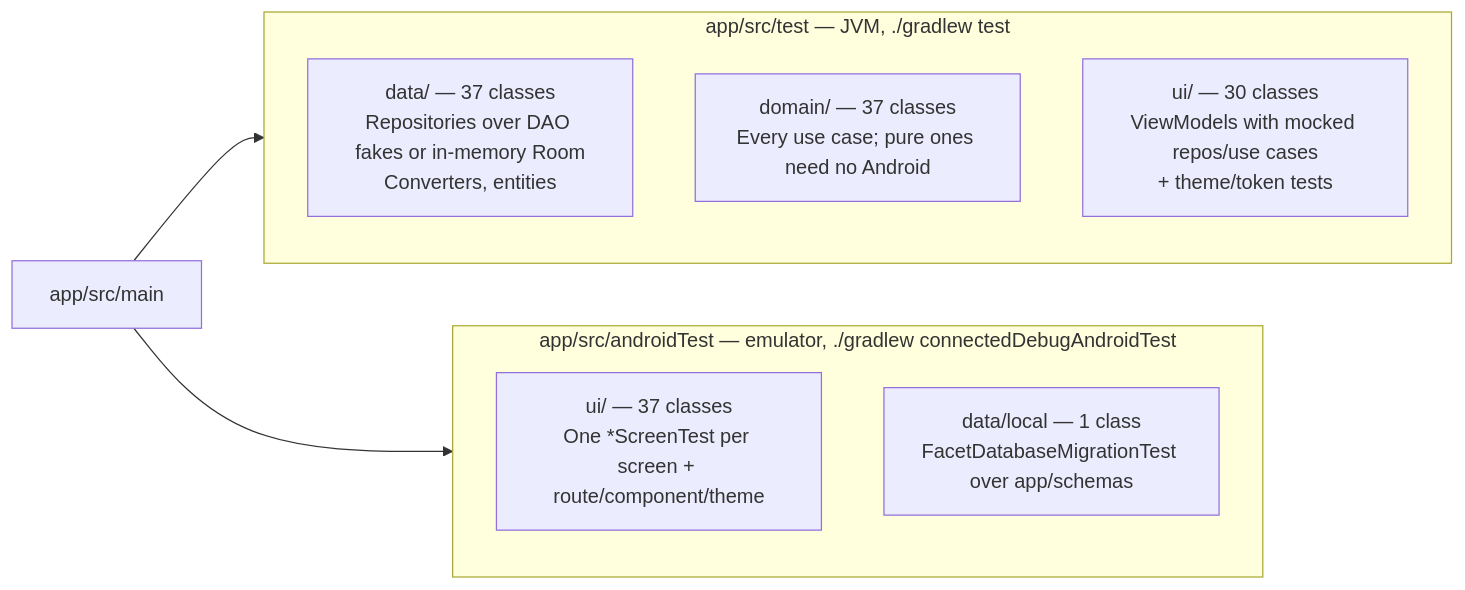
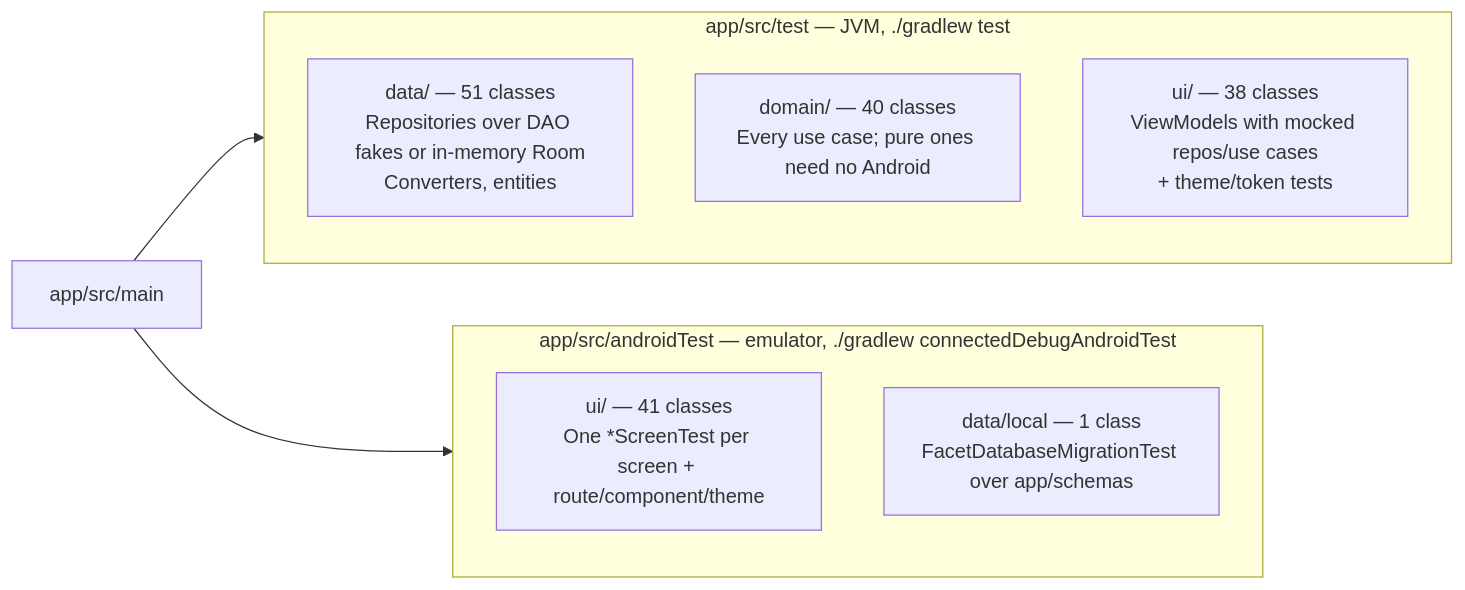
Before and after one commit to rohitganjam/facet-launcher: the diagram in docs/architecture/06-testing.md, drawn with Mermaid. The commit also changed other lines of this file and 68 other files, not shown here.

````diff
--- a/docs/architecture/06-testing.md
+++ b/docs/architecture/06-testing.md
@@ -13,16 +13,16 @@
 ```mermaid
 flowchart LR
     subgraph UNIT["app/src/test — JVM, ./gradlew test"]
         direction TB
-        U1["data/ — 37 classes\nRepositories over DAO fakes or in-memory Room\nConverters, entities"]
-        U2["domain/ — 37 classes\nEvery use case; pure ones need no Android"]
-        U3["ui/ — 30 classes\nViewModels with mocked repos/use cases\n+ theme/token tests"]
+        U1["data/ — 51 classes\nRepositories over DAO fakes or in-memory Room\nConverters, entities"]
+        U2["domain/ — 40 classes\nEvery use case; pure ones need no Android"]
+        U3["ui/ — 38 classes\nViewModels with mocked repos/use cases\n+ theme/token tests"]
     end
     subgraph INST["app/src/androidTest — emulator, ./gradlew connectedDebugAndroidTest"]
         direction TB
-        I1["ui/ — 37 classes\nOne *ScreenTest per screen + route/component/theme"]
+        I1["ui/ — 41 classes\nOne *ScreenTest per screen + route/component/theme"]
         I2["data/local — 1 class\nFacetDatabaseMigrationTest over app/schemas"]
     end
     CODE["app/src/main"] --> UNIT
     CODE --> INST
 ```
````
